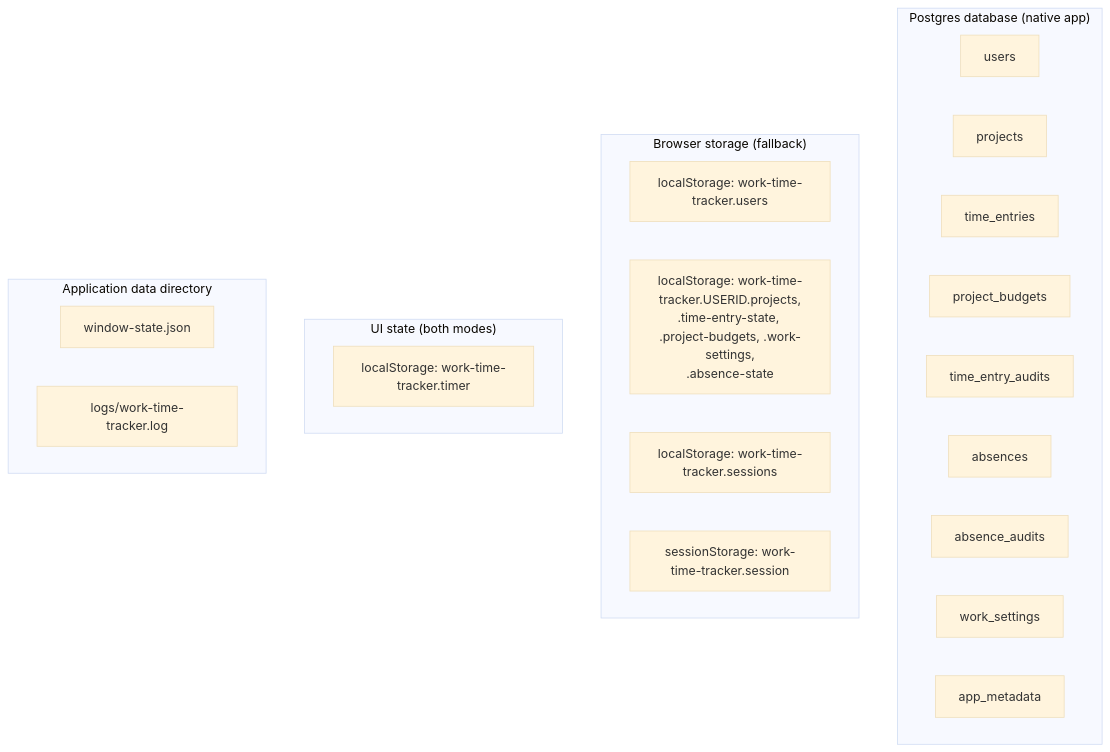
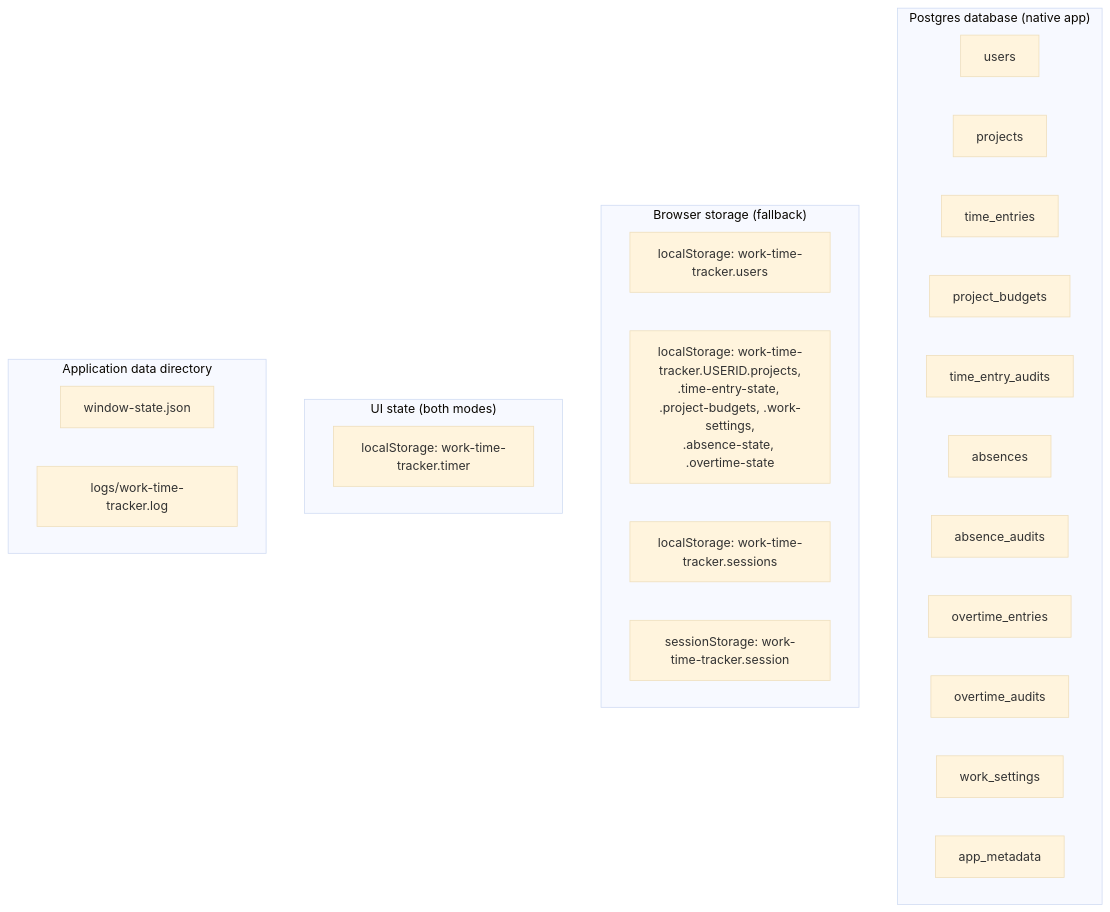
The second of 3 diagrams in docs/data-model.md (serious6/WorkTimeTracker), drawn with Mermaid (base theme) before and after one commit. The commit also changed other lines of this file and 39 other files, not shown here.

````diff
--- a/docs/data-model.md
+++ b/docs/data-model.md
@@ -34,30 +35,32 @@
 ```mermaid
 flowchart TB
   subgraph postgres["Postgres database (native app)"]
     users_t["users"]
     projects_t["projects"]
     entries_t["time_entries"]
     budgets_t["project_budgets"]
     audits_t["time_entry_audits"]
     absences_t["absences"]
     absence_audits_t["absence_audits"]
+    overtime_t["overtime_entries"]
+    overtime_audits_t["overtime_audits"]
     settings_t["work_settings"]
     meta_t["app_metadata"]
   end
 
   subgraph browser["Browser storage (fallback)"]
     ls_users["localStorage: work-time-tracker.users"]
-    ls_scoped["localStorage: work-time-tracker.USERID.projects,<br/>.time-entry-state, .project-budgets, .work-settings,<br/>.absence-state"]
+    ls_scoped["localStorage: work-time-tracker.USERID.projects,<br/>.time-entry-state, .project-budgets, .work-settings,<br/>.absence-state, .overtime-state"]
     ls_sessions["localStorage: work-time-tracker.sessions"]
     ss_session["sessionStorage: work-time-tracker.session"]
   end
 
   subgraph ui["UI state (both modes)"]
     ls_timer["localStorage: work-time-tracker.timer"]
   end
 
   subgraph fs["Application data directory"]
     win["window-state.json"]
     log["logs/work-time-tracker.log"]
   end
 ```
````
